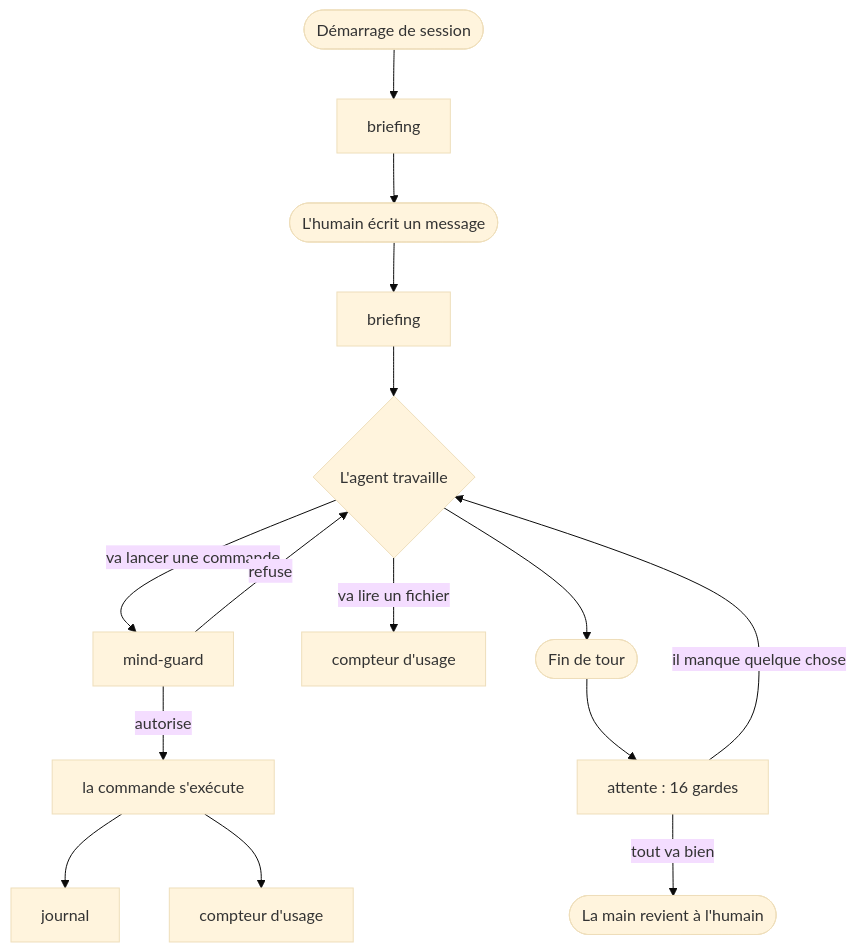
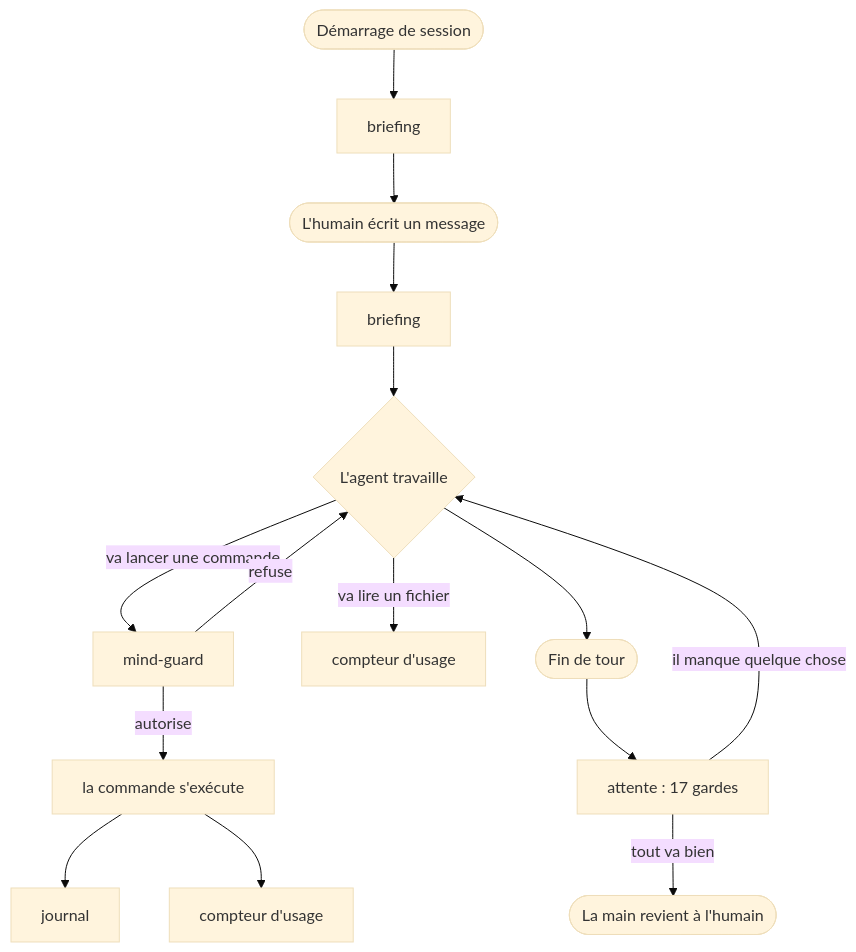
Before and after one commit to PetitPelican/claude-harness: the third of 6 diagrams in COMMENT-CA-MARCHE.md, drawn with Mermaid (base theme). The commit also changed other lines of this file and 17 other files, not shown here.

````diff
--- a/COMMENT-CA-MARCHE.md
+++ b/COMMENT-CA-MARCHE.md
@@ -146,16 +146,16 @@
 ```mermaid
 flowchart TD
     S([Démarrage de session]) --> B1[briefing]
     B1 --> Q([L'humain écrit un message])
     Q --> B2[briefing]
     B2 --> W{L'agent travaille}
     W -->|va lancer une commande| MG[mind-guard]
     MG -->|autorise| EX[la commande s'exécute]
     MG -->|refuse| W
     EX --> J[journal]
     EX --> U1[compteur d'usage]
     W -->|va lire un fichier| U2[compteur d'usage]
-    W --> F([Fin de tour]) --> AT[attente : 16 gardes]
+    W --> F([Fin de tour]) --> AT[attente : 17 gardes]
     AT -->|tout va bien| H([La main revient à l'humain])
     AT -->|il manque quelque chose| W
 ```
````
